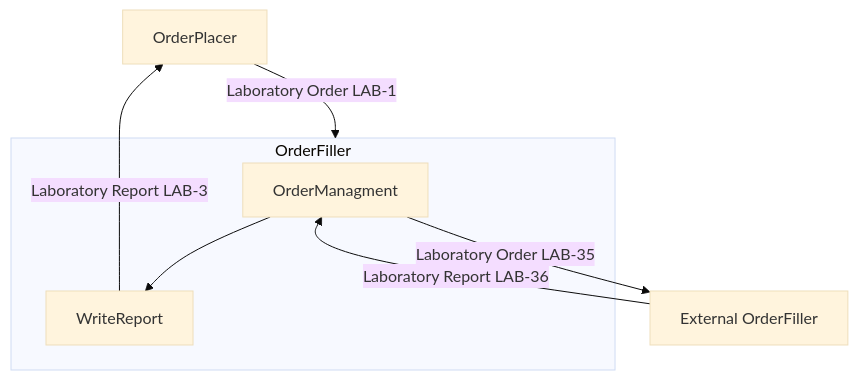
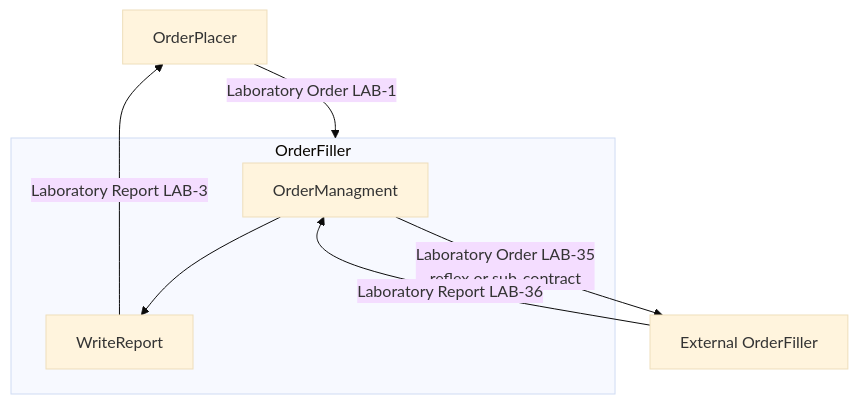
One commit to nw-gmsa/nw-gmsa.github.com changed the first of 10 diagrams in input/pagecontent/ILW.md. Above: the diagram before and after it, drawn with Mermaid (base theme). The commit also changed 1 other file, not shown here.

Commit message:
Overview process model

````diff
--- a/input/pagecontent/ILW.md
+++ b/input/pagecontent/ILW.md
@@ -27,27 +27,27 @@
 ```mermaid
 graph TD;
 
     OrderPlacer
 
     subgraph OrderFiller;
         
 
         OrderManagment --> WriteReport
     end
 
     ExtOrderPlacer[External OrderFiller] 
-    OrderManagment --> |"Laboratory Order LAB-35"| ExtOrderPlacer
+    OrderManagment --> |"Laboratory Order LAB-35<br/>reflex or sub-contract"| ExtOrderPlacer
     ExtOrderPlacer --> |Laboratory Report LAB-36| OrderManagment 
 
     OrderPlacer --> |Laboratory Order LAB-1| OrderFiller
     WriteReport --> |Laboratory Report LAB-3| OrderPlacer
 
     classDef purple fill:#E1D5E7;
 
     classDef yellow fill:#FFF2CC;
     classDef pink fill:#F8CECC
     classDef green fill:#D5E8D4;
     classDef blue fill:#DAE8FC;
     classDef orange fill:#FFE6CC;
 
 ```
````
